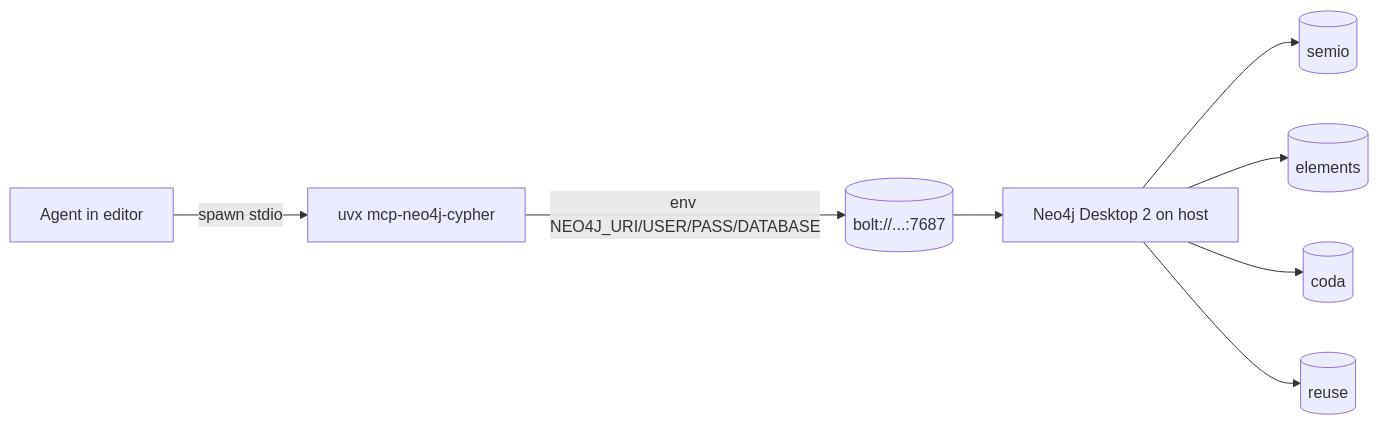
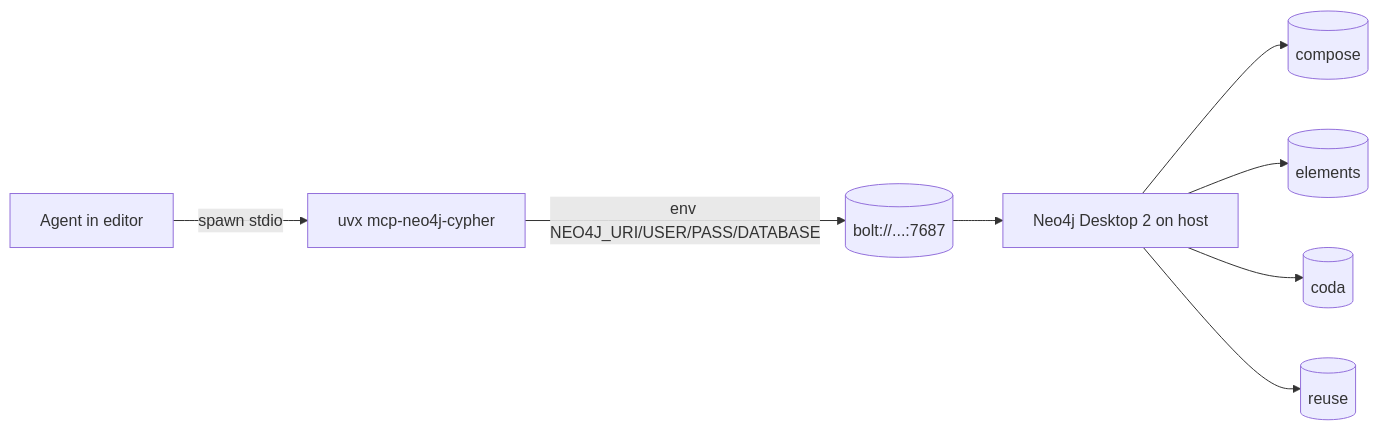
The diagram in .cursor/plans/neo4j_mcp_integration_db7f52fe.plan.md (usalu/semio), drawn with Mermaid before and after one commit. The commit also changed other lines of this file and 7735 other files, not shown here.

````diff
--- a/.cursor/plans/neo4j_mcp_integration_db7f52fe.plan.md
+++ b/.cursor/plans/neo4j_mcp_integration_db7f52fe.plan.md
@@ -123,10 +123,10 @@
 ```mermaid
 flowchart LR
   Agent[Agent in editor] -->|spawn stdio| MCP["uvx mcp-neo4j-cypher"]
   MCP -->|env NEO4J_URI/USER/PASS/DATABASE| Bolt[(bolt://...:7687)]
   Bolt --> Desktop[Neo4j Desktop 2 on host]
-  Desktop --> dbSemio[(semio)]
+  Desktop --> dbCompose[(compose)]
   Desktop --> dbElements[(elements)]
   Desktop --> dbCoda[(coda)]
   Desktop --> dbReuse[(reuse)]
 ```
````
